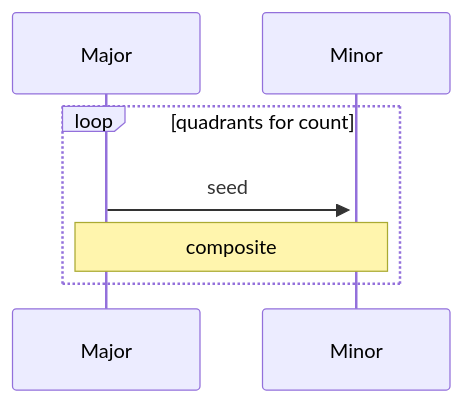
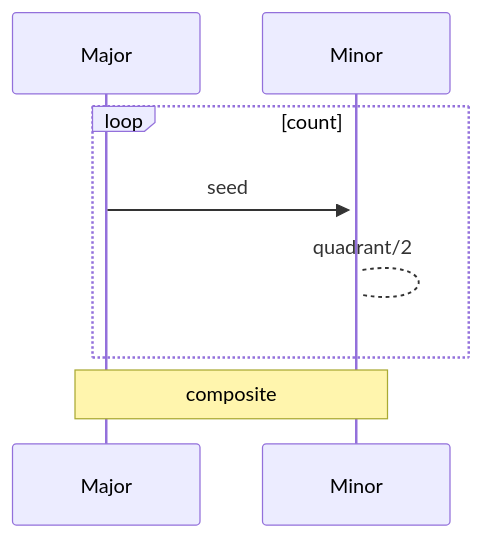
Before and after one commit to KurtPachinger/seedmap: the diagram in README.md, drawn with Mermaid.

````diff
--- a/README.md
+++ b/README.md
@@ -37,7 +37,8 @@
 ```mermaid
 sequenceDiagram
-  loop quadrants for count
+  loop count
     Major->>+Minor: seed
-    Note over Major,Minor: composite
+    Minor-->Minor: quadrant/2
   end
+Note over Major,Minor: composite
 ```
````
